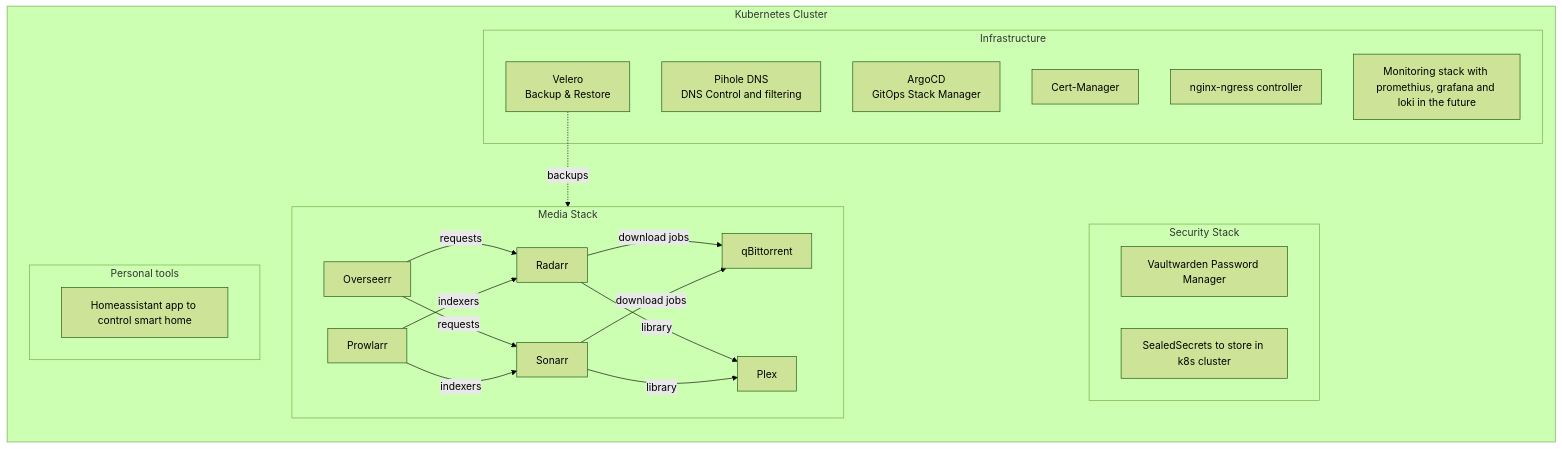
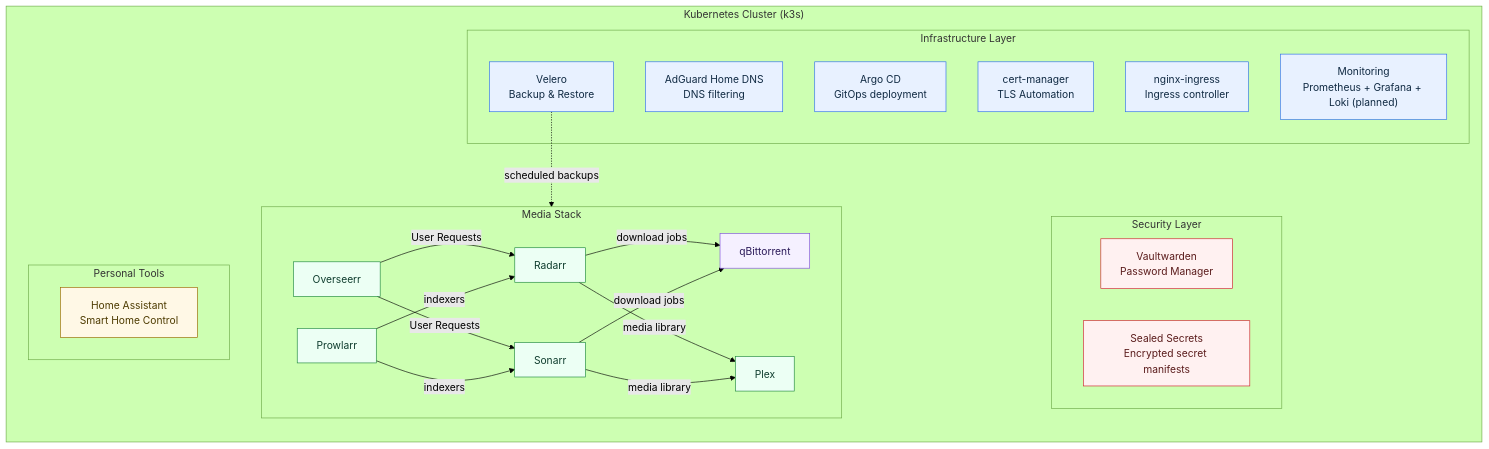
The diagram in README.md (Araneus84/homelab-k3s-stack), drawn with Mermaid (forest theme) before and after one commit. The commit also changed other lines of this file, not shown here.

````diff
--- a/README.md
+++ b/README.md
@@ -16,37 +16,53 @@
 ```mermaid
 flowchart LR
-    subgraph cluster["Kubernetes Cluster"]
-        subgraph infra["Infrastructure"]
-            velero["Velero\nBackup & Restore"]
-            pihole-dns["Pihole DNS\nDNS Control and filtering"]
-            argocd["ArgoCD\nGitOps Stack Manager"]
-            cert-manager["Cert-Manager"]
-            nginx-ingress["nginx-ngress controller"]
-            monitoring["Monitoring stack with promethius, grafana and loki in the future"]
+    subgraph cluster["Kubernetes Cluster (k3s)"]
+        subgraph infra["Infrastructure Layer"]
+            velero["Velero<br/>Backup & Restore"]
+            adguard-dns["AdGuard Home DNS<br/>DNS filtering"]
+            argocd["Argo CD<br/>GitOps deployment"]
+            cert-manager["cert-manager<br/>TLS Automation"]
+            nginx-ingress["nginx-ingress<br/>Ingress controller"]
+            monitoring["Monitoring<br/>Prometheus + Grafana + Loki (planned)"]
         end
+
         subgraph media["Media Stack"]
             overseerr["Overseerr"]
             prowlarr["Prowlarr"]
             radarr["Radarr"]
             sonarr["Sonarr"]
             qbit["qBittorrent"]
             plex["Plex"]
         end
-        subgraph securit["Security Stack"]
-            vaultwarden["Vaultwarden Password Manager"]
-            sealedsecrets["SealedSecrets to store in k8s cluster"]
+
+        subgraph security["Security Layer"]
+            vaultwarden["Vaultwarden<br/>Password Manager"]
+            sealedsecrets["Sealed Secrets<br/>Encrypted secret manifests"]
         end
-        subgraph tools["Personal tools"]
-            homeassistant["Homeassistant app to control smart home"]
+
+        subgraph tools["Personal Tools"]
+            homeassistant["Home Assistant<br/>Smart Home Control"]
         end
     end
-    overseerr -->|requests| radarr
-    overseerr -->|requests| sonarr
+
+    overseerr -->|User Requests| radarr
+    overseerr -->|User Requests| sonarr
     prowlarr -->|indexers| radarr
     prowlarr -->|indexers| sonarr
     radarr -->|download jobs| qbit
     sonarr -->|download jobs| qbit
-    radarr -->|library| plex
-    sonarr -->|library| plex
-    velero -.->|backups| media
+    radarr -->|media library| plex
+    sonarr -->|media library| plex
+    velero -.->|scheduled backups| media
+
+    classDef infra fill:#e8f1ff,stroke:#2f6feb,stroke-width:1px,color:#102a43;
+    classDef media fill:#ecfff4,stroke:#1f883d,stroke-width:1px,color:#0f3d2e;
+    classDef security fill:#fff1f1,stroke:#cf222e,stroke-width:1px,color:#5a1b1b;
+    classDef tools fill:#fff8e6,stroke:#9a6700,stroke-width:1px,color:#4d3b00;
+    classDef core fill:#f5f0ff,stroke:#8250df,stroke-width:1px,color:#2b1a59;
+
+    class velero,adguard-dns,argocd,cert-manager,nginx-ingress,monitoring infra;
+    class overseerr,prowlarr,radarr,sonarr,plex media;
+    class vaultwarden,sealedsecrets security;
+    class homeassistant tools;
+    class qbit core;
 ```
````
